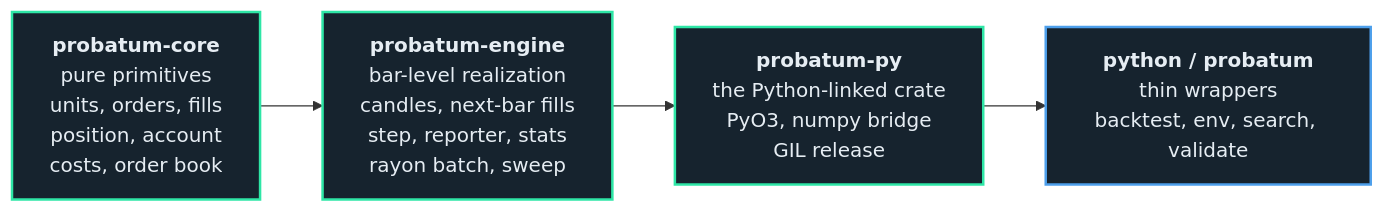
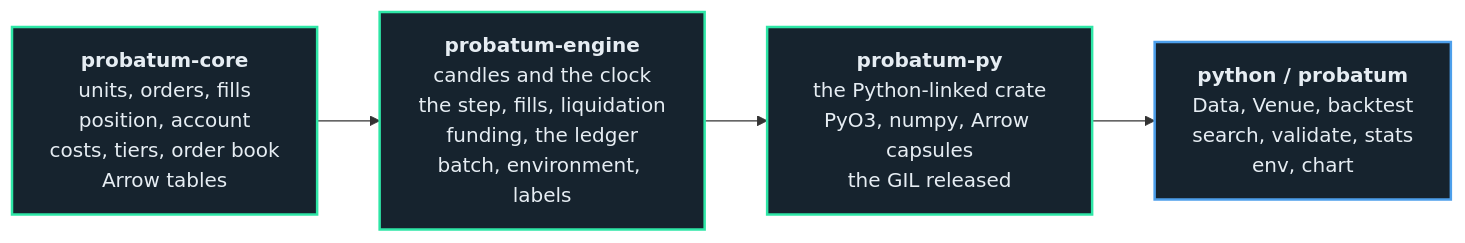
One commit to atOCEANO/probatum changed the diagram in dev/diagrams/205312.mmd. Above: the diagram before and after it, drawn with Mermaid. The commit also changed 4 other files, not shown here.

Commit message:
docs: rewrite the architecture page and redraw its two diagrams

```diff
--- a/dev/diagrams/205312.mmd
+++ b/dev/diagrams/205312.mmd
@@ -1,14 +1,14 @@
 flowchart LR
-    C["<b>probatum-core</b><br/>pure primitives<br/>units, orders, fills<br/>position, account<br/>costs, order book"]
-    B["<b>probatum-engine</b><br/>bar-level realization<br/>candles, next-bar fills<br/>step, reporter, stats<br/>rayon batch, sweep"]
-    P["<b>probatum-py</b><br/>the Python-linked crate<br/>PyO3, numpy bridge<br/>GIL release"]
-    W["<b>python / probatum</b><br/>thin wrappers<br/>backtest, env, search, validate"]
+    C["<b>probatum-core</b><br/>units, orders, fills<br/>position, account<br/>costs, tiers, order book<br/>Arrow tables"]
+    B["<b>probatum-engine</b><br/>candles and the clock<br/>the step, fills, liquidation<br/>funding, the ledger<br/>batch, environment, labels"]
+    P["<b>probatum-py</b><br/>the Python-linked crate<br/>PyO3, numpy, Arrow capsules<br/>the GIL released"]
+    W["<b>python / probatum</b><br/>Data, Venue, backtest<br/>search, validate, stats<br/>env, chart"]
 
     C --> B
     B --> P
     P --> W
 
     classDef entry fill:#16232e,stroke:#4d9feb,stroke-width:2px,color:#e6edf3
     classDef stage fill:#16232e,stroke:#2ee6a6,stroke-width:2px,color:#e6edf3
     class W entry
     class C,B,P stage
```
